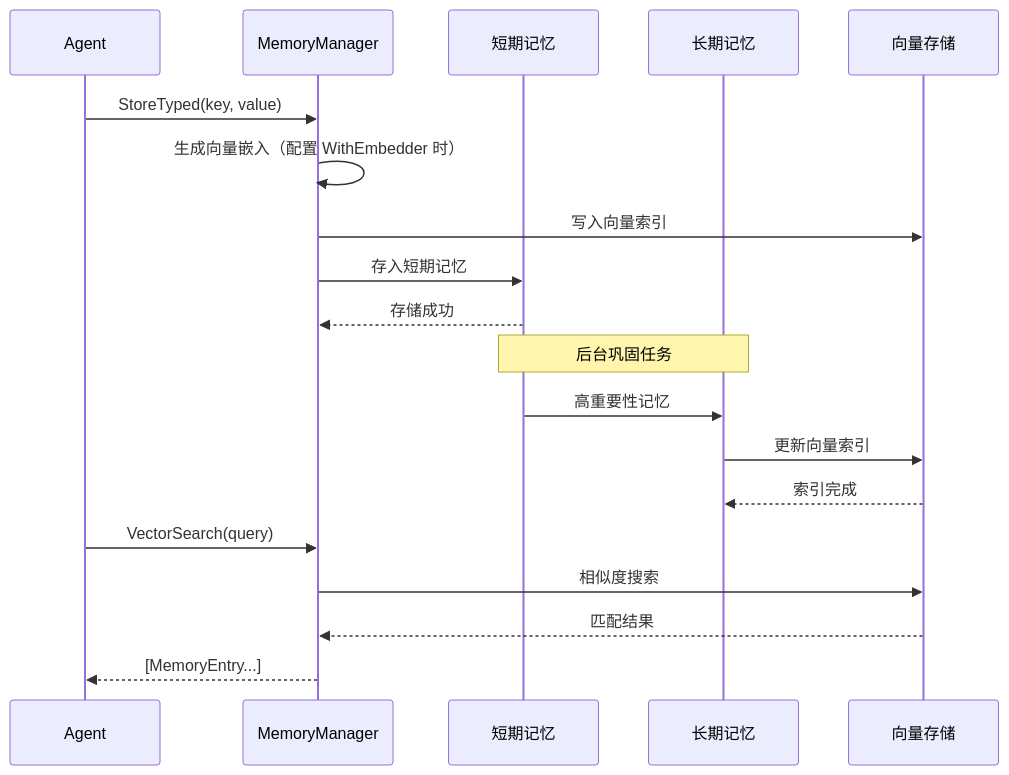
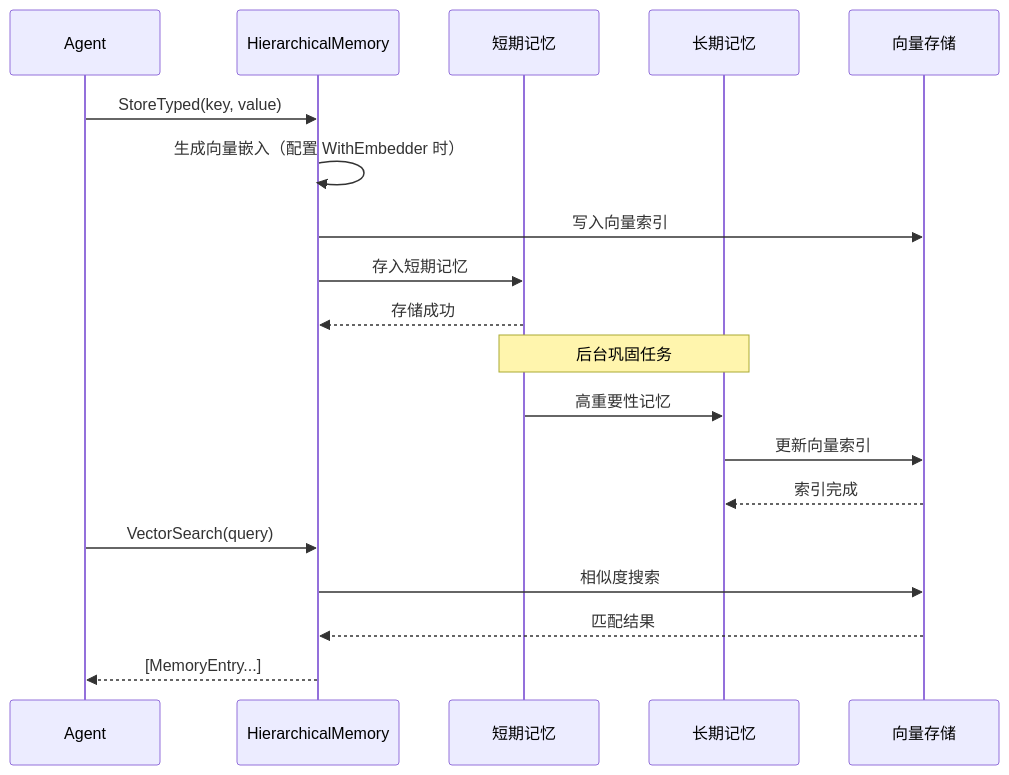
Before and after one commit to kart-io/goagent: the second of 2 diagrams in memory/README.md, drawn with Mermaid. The commit also changed other lines of this file and 87 other files, not shown here.

````diff
--- a/memory/README.md
+++ b/memory/README.md
@@ -60,25 +60,25 @@
 ```mermaid
 sequenceDiagram
     participant Agent as Agent
-    participant Mgr as MemoryManager
+    participant Mgr as HierarchicalMemory
     participant Short as 短期记忆
     participant Long as 长期记忆
     participant Vec as 向量存储
 
     Agent->>Mgr: StoreTyped(key, value)
     Mgr->>Mgr: 生成向量嵌入（配置 WithEmbedder 时）
     Mgr->>Vec: 写入向量索引
     Mgr->>Short: 存入短期记忆
     Short-->>Mgr: 存储成功
 
     Note over Short,Long: 后台巩固任务
 
     Short->>Long: 高重要性记忆
     Long->>Vec: 更新向量索引
     Vec-->>Long: 索引完成
 
     Agent->>Mgr: VectorSearch(query)
     Mgr->>Vec: 相似度搜索
     Vec-->>Mgr: 匹配结果
     Mgr-->>Agent: [MemoryEntry...]
 ```
````
